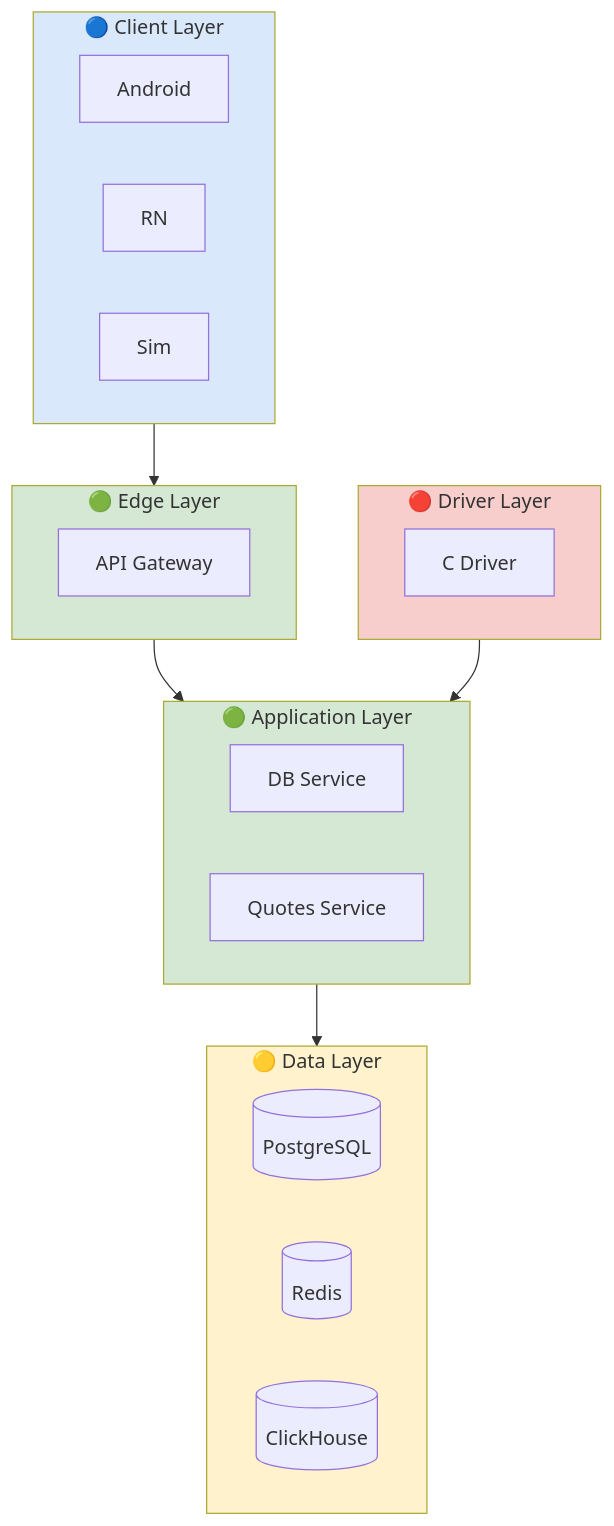
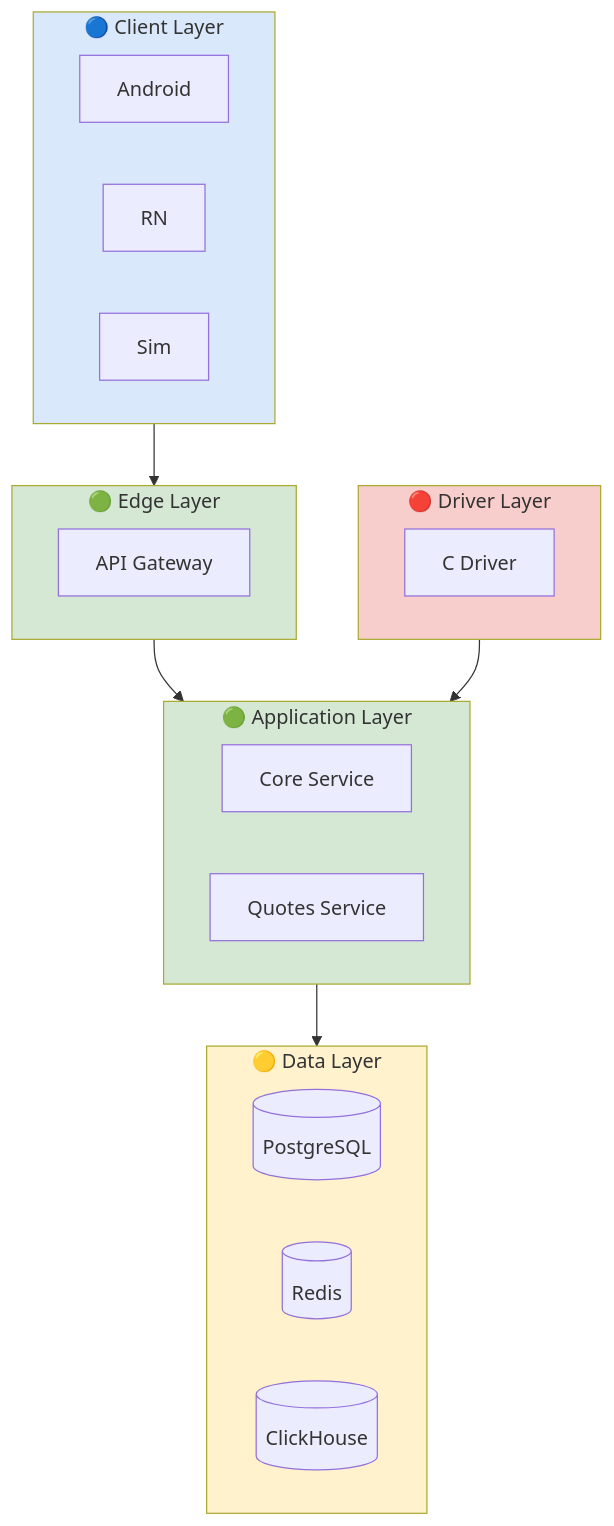
The second of 3 diagrams in docs/architecture/02-containers.md (r4m63/Stockyard), drawn with Mermaid before and after one commit. The commit also changed other lines of this file and 26 other files, not shown here.

First line of the commit message:
docs(arch): add storage operations, ADRs 007-009, rename DB Service to Core Service

````diff
--- a/docs/architecture/02-containers.md
+++ b/docs/architecture/02-containers.md
@@ -110,36 +110,36 @@
 ```mermaid
 graph TB
     subgraph L1["🔵 Client Layer"]
         Android
         RN
         Sim
     end
 
     subgraph L2["🟢 Edge Layer"]
         GW["API Gateway"]
     end
 
     subgraph L3["🟢 Application Layer"]
-        DBSvc["DB Service"]
+        CoreSvc["Core Service"]
         QSvc["Quotes Service"]
     end
 
     subgraph L4["🟡 Data Layer"]
         PG[("PostgreSQL")]
         Rds[("Redis")]
         CH[("ClickHouse")]
     end
 
     subgraph L5["🔴 Driver Layer"]
         Drv["C Driver"]
     end
 
     L1 --> L2 --> L3 --> L4
     L5 --> L3
 
     style L1 fill:#dae8fc
     style L2 fill:#d5e8d4
     style L3 fill:#d5e8d4
     style L4 fill:#fff2cc
     style L5 fill:#f8cecc
 ```
````
